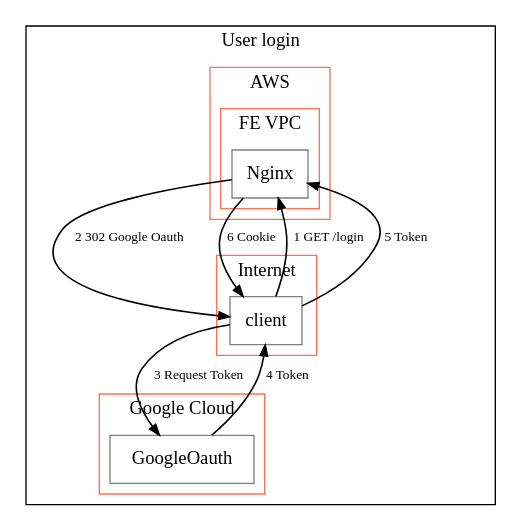
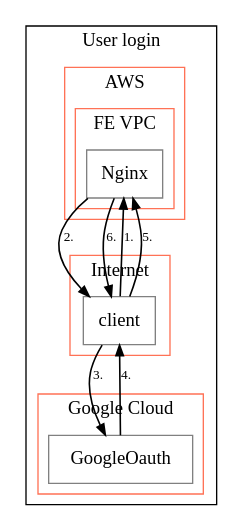
One commit to hyakuhei/ltm changed the diagram in examples/output/User login.dot. Above: the diagram before and after it, drawn with Graphviz. The commit also changed 7 other files, not shown here.

```diff
--- a/examples/output/User login.dot
+++ b/examples/output/User login.dot
@@ -1,32 +1,32 @@
 digraph G {
 compound=true;
     subgraph cluster1 {
     label="User login";
     color="Black";
         subgraph cluster2 {
         label="AWS";
         color="Coral1";
             subgraph cluster3 {
             label="FE VPC";
             color="Coral1";
                 node4 [label="Nginx" shape="box", margin="0.1", color="Grey"];
             }
         }
         subgraph cluster5 {
         label="Internet";
         color="Coral1";
             node6 [label="client" shape="box", margin="0.1", color="Grey"];
         }
         subgraph cluster7 {
         label="Google Cloud";
         color="Coral1";
             node8 [label="GoogleOauth" shape="box", margin="0.1", color="Grey"];
         }
     }
-node6->node4 [label="1 GET /login" fontsize="10",penwidth="1.2",arrowsize="0.8"];
-node4->node6 [label="2 302 Google Oauth" fontsize="10",penwidth="1.2",arrowsize="0.8"];
-node6->node8 [label="3 Request Token" fontsize="10",penwidth="1.2",arrowsize="0.8"];
-node8->node6 [label="4 Token" fontsize="10",penwidth="1.2",arrowsize="0.8"];
-node6->node4 [label="5 Token" fontsize="10",penwidth="1.2",arrowsize="0.8"];
-node4->node6 [label="6 Cookie" fontsize="10",penwidth="1.2",arrowsize="0.8"];
+node6->node4 [label="1." fontsize="10",penwidth="1.2",arrowsize="0.8"];
+node4->node6 [label="2." fontsize="10",penwidth="1.2",arrowsize="0.8"];
+node6->node8 [label="3." fontsize="10",penwidth="1.2",arrowsize="0.8"];
+node8->node6 [label="4." fontsize="10",penwidth="1.2",arrowsize="0.8"];
+node6->node4 [label="5." fontsize="10",penwidth="1.2",arrowsize="0.8"];
+node4->node6 [label="6." fontsize="10",penwidth="1.2",arrowsize="0.8"];
 }
```
